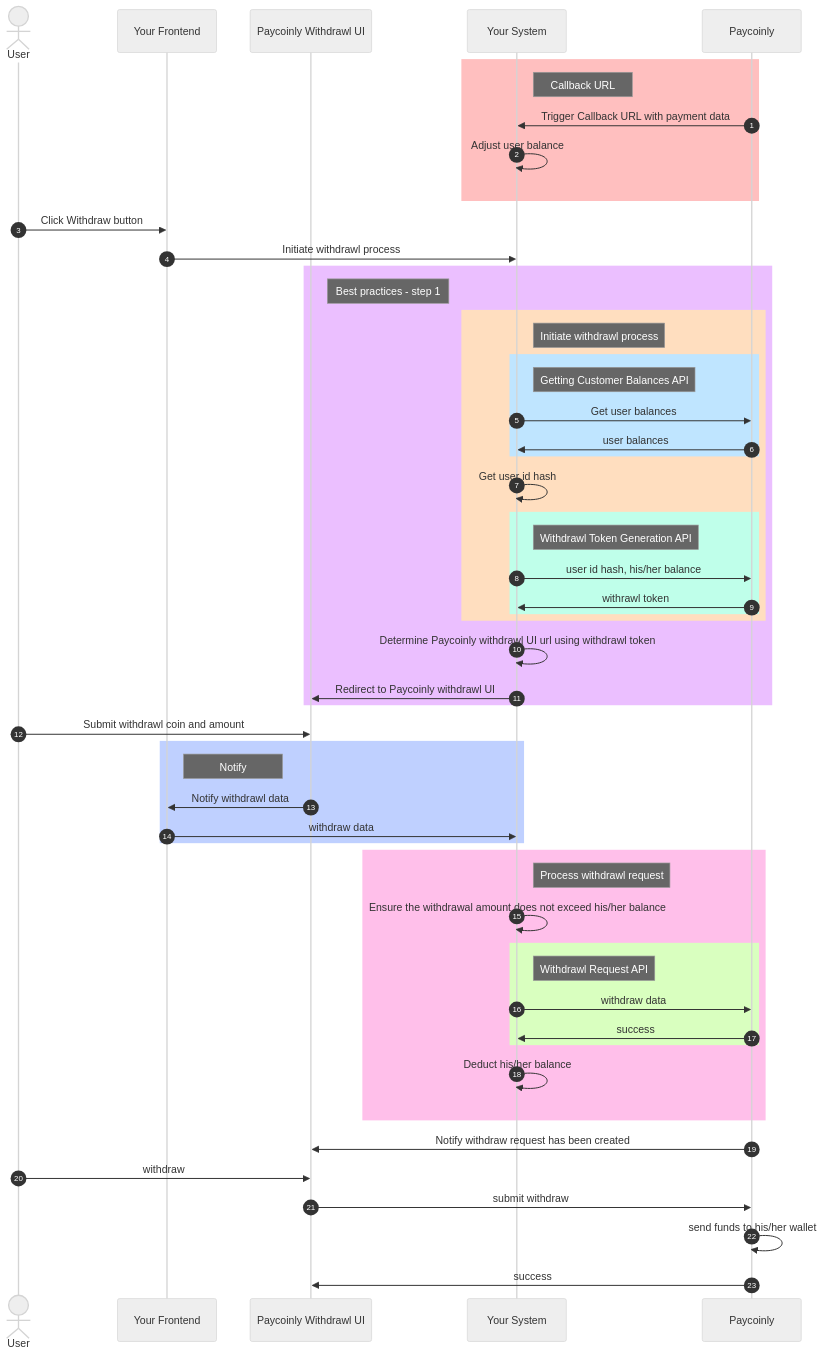
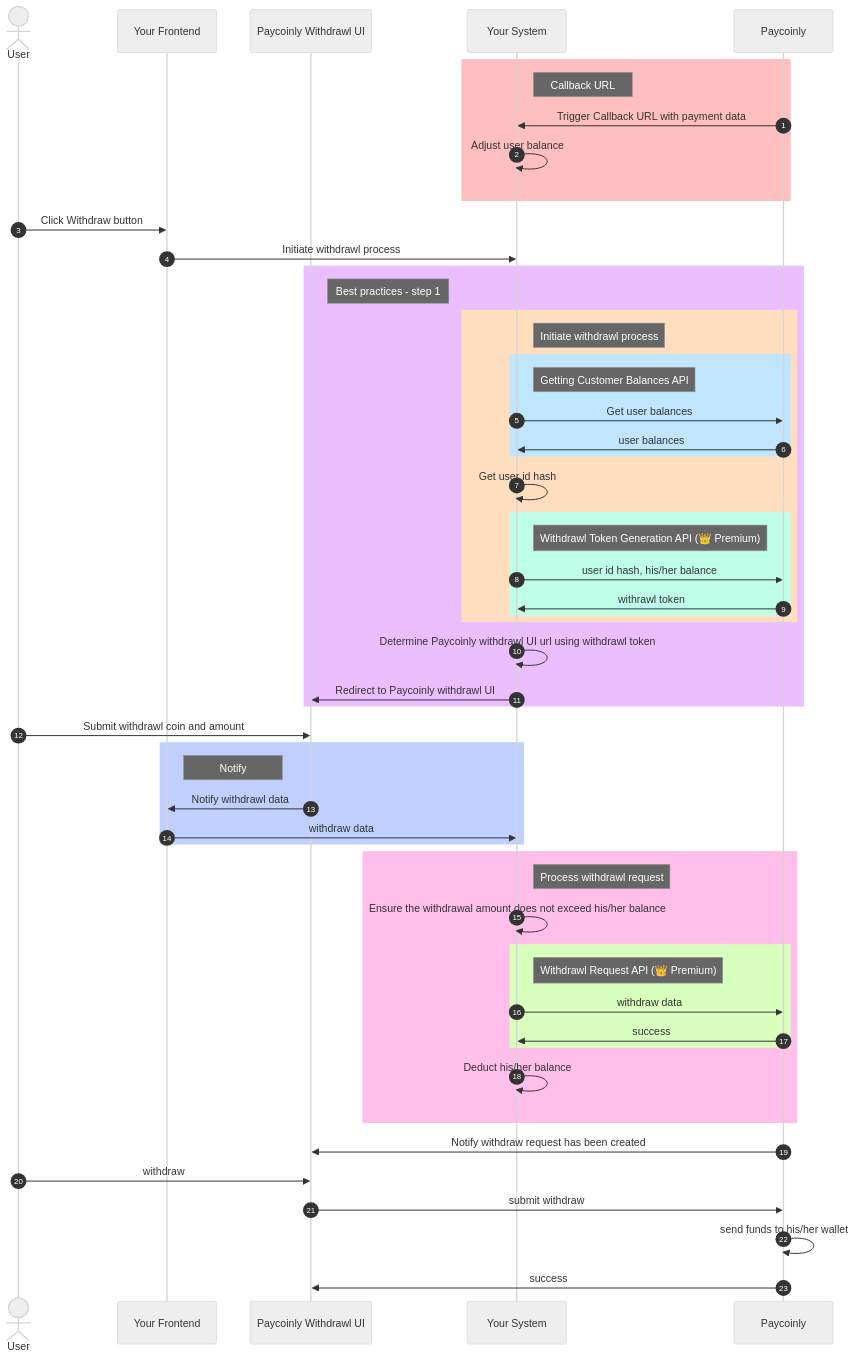
The diagram in docs/how-work/withdraw.mdx (Paycoinly-Tech/docs), drawn with Mermaid (neutral theme) before and after one commit. The commit also changed other lines of this file and 7 other files, not shown here.

````diff
--- a/docs/how-work/withdraw.mdx
+++ b/docs/how-work/withdraw.mdx
@@ -20,74 +22,74 @@
 ```mermaid
 sequenceDiagram
   autonumber
 
   actor user as User
   participant yourFrontend as Your Frontend
   participant paycoinlyUI as Paycoinly Withdrawl UI
   participant backend as Your System
   participant paycoinly as Paycoinly
   
   rect rgb(255, 191, 191)
   note right of backend: Callback URL
 
   paycoinly->>backend: Trigger Callback URL with payment data
   backend->>backend: Adjust user balance
 
   end
 
   user->>yourFrontend: Click Withdraw button
   yourFrontend->>backend: Initiate withdrawl process
 
   rect rgb(235, 191, 255)
   note right of paycoinlyUI: Best practices - step 1
 
   rect rgb(255, 222, 191)
   note right of backend: Initiate withdrawl process
 
   rect rgb(191, 229, 255)
   note right of backend: Getting Customer Balances API
   backend->>paycoinly: Get user balances
   paycoinly->>backend: user balances
   end
 
   backend->>backend: Get user id hash
 
   rect rgb(191, 255, 234)
-  note right of backend: Withdrawl Token Generation API
+  note right of backend: Withdrawl Token Generation API (👑 Premium)
   backend->>paycoinly: user id hash, his/her balance
   paycoinly->>backend: withrawl token
   end
   end
 
   backend->>backend: Determine Paycoinly withdrawl UI url using withdrawl token
 
   backend->>paycoinlyUI: Redirect to Paycoinly withdrawl UI
   end
 
   user->>paycoinlyUI: Submit withdrawl coin and amount
 
   rect rgb(191, 208, 255)
   note right of yourFrontend: Notify
   paycoinlyUI->>yourFrontend: Notify withdrawl data
   yourFrontend->>backend: withdraw data
   end
 
   rect rgb(255, 191, 234)
   note right of backend: Process withdrawl request
   backend->>backend: Ensure the withdrawal amount does not exceed his/her balance
 
   rect rgb(217, 255, 191)
-  note right of backend: Withdrawl Request API
+  note right of backend: Withdrawl Request API (👑 Premium)
   backend->>paycoinly: withdraw data
   paycoinly->>backend: success
   end
 
   backend->>backend: Deduct his/her balance
   end
 
   paycoinly->>paycoinlyUI: Notify withdraw request has been created
   user->>paycoinlyUI: withdraw
   paycoinlyUI->>paycoinly: submit withdraw
   paycoinly->>paycoinly: send funds to his/her wallet
   paycoinly->>paycoinlyUI: success
 ```
````
